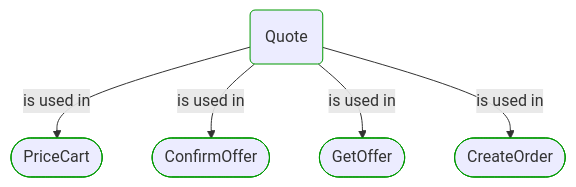
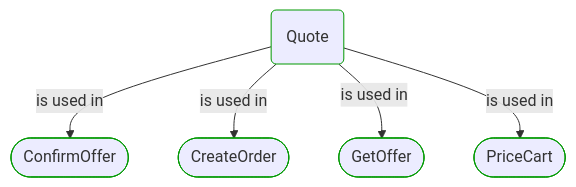
One commit to itlibrium/DDD-starter-dotnet changed the second of 2 diagrams in Docs/P3/MermaidOutput/BuildingBlocks/Sales/Pricing/Quote.md. Above: the diagram before and after it, drawn with Mermaid. The commit also changed 78 other files, not shown here.

````diff
--- a/Docs/P3/MermaidOutput/BuildingBlocks/Sales/Pricing/Quote.md
+++ b/Docs/P3/MermaidOutput/BuildingBlocks/Sales/Pricing/Quote.md
@@ -46,20 +46,20 @@
 ```mermaid
   flowchart TB
     0(Quote)
     class 0 DomainPerspective
-    1([PriceCart])
+    1([ConfirmOffer])
     class 1 DomainPerspective
     0-->|is used in|1
-    2([ConfirmOffer])
+    2([CreateOrder])
     class 2 DomainPerspective
     0-->|is used in|2
     3([GetOffer])
     class 3 DomainPerspective
     0-->|is used in|3
-    4([CreateOrder])
+    4([PriceCart])
     class 4 DomainPerspective
     0-->|is used in|4
     classDef DomainPerspective stroke:#009900
     classDef TechnologyPerspective stroke:#1F41EB
     classDef PeoplePerspective stroke:#FFF014
 ```
````
